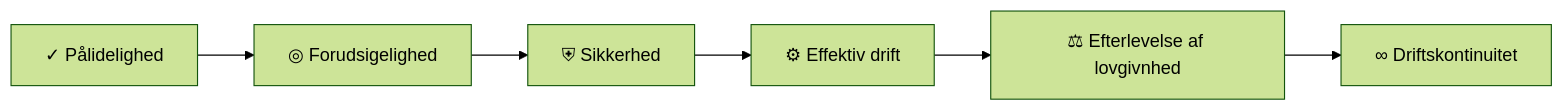
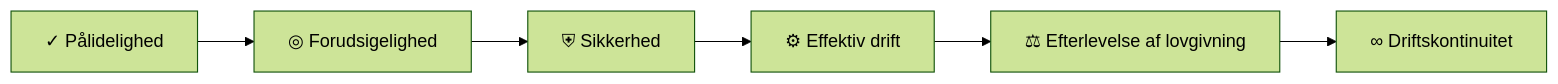
One commit to OS2sandbox/os2fri-dokumentation changed the first of 4 diagrams in docs/hovedbilag.md. Above: the diagram before and after it, drawn with Mermaid (forest theme). The commit also changed other lines of this file and 3 other files, not shown here.

````diff
--- a/docs/hovedbilag.md
+++ b/docs/hovedbilag.md
@@ -12,11 +10,11 @@
 ```mermaid
 flowchart LR
     r1["✓ Pålidelighed"]
     r2["◎ Forudsigelighed"]
     r3["⛨︎ Sikkerhed"]
     r4["⚙︎ Effektiv drift"]
-    r5["⚖︎ Efterlevelse af lovgivnhed"]
+    r5["⚖︎ Efterlevelse af lovgivning"]
     r6["∞ Driftskontinuitet"]
     r1 --> r2 --> r3 --> r4 --> r5 --> r6
   
 ```
````
